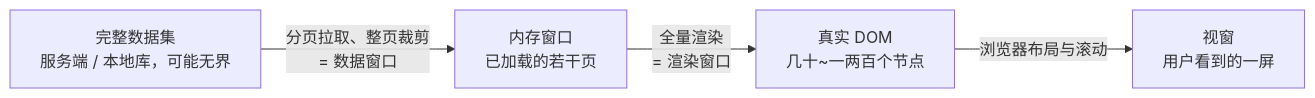
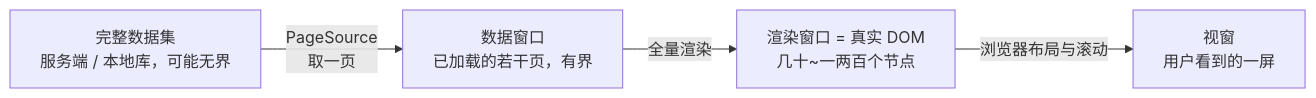
Before and after one commit to dacez/yimsg: the second of 6 diagrams in packages/uikit/docs/有界消息流窗口设计方案.md, drawn with Mermaid. The commit also changed other lines of this file and 2 other files, not shown here.

````diff
--- a/packages/uikit/docs/有界消息流窗口设计方案.md
+++ b/packages/uikit/docs/有界消息流窗口设计方案.md
@@ -65,6 +148,6 @@
 ```mermaid
 flowchart LR
-    A["完整数据集<br/>服务端 / 本地库，可能无界"] -->|"分页拉取、整页裁剪<br/>= 数据窗口"| B["内存窗口<br/>已加载的若干页"]
-    B -->|"全量渲染<br/>= 渲染窗口"| C["真实 DOM<br/>几十~一两百个节点"]
+    A["完整数据集<br/>服务端 / 本地库，可能无界"] -->|"PageSource<br/>取一页"| B["数据窗口<br/>已加载的若干页，有界"]
+    B -->|"全量渲染"| C["渲染窗口 = 真实 DOM<br/>几十~一两百个节点"]
     C -->|"浏览器布局与滚动"| D["视窗<br/>用户看到的一屏"]
 ```
````
